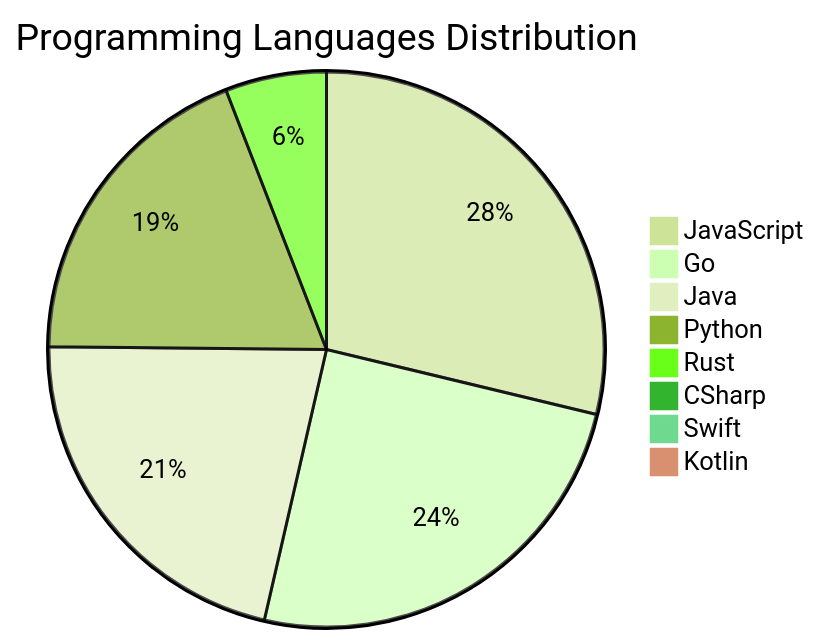
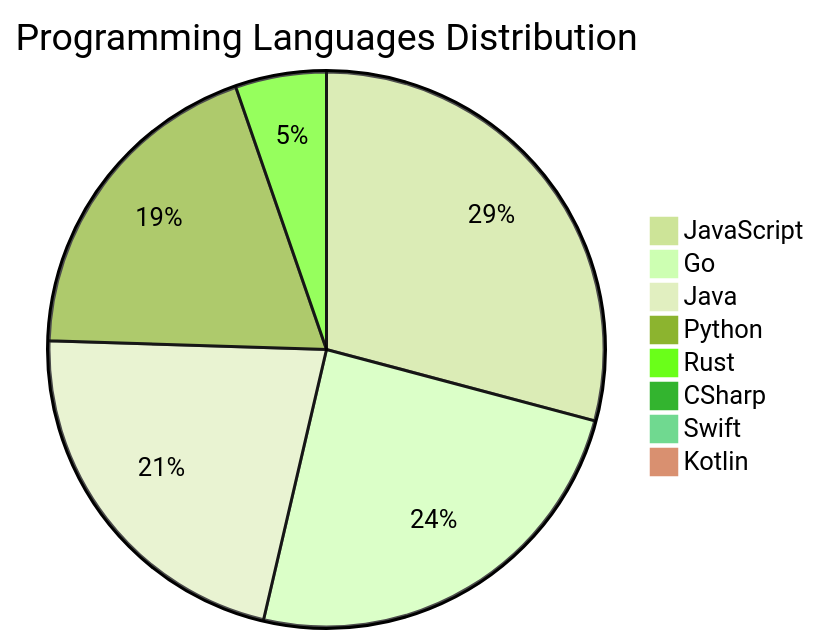
Before and after one commit to Derrick-MUGISHA/github-activity-bot: the diagram in README.md, drawn with Mermaid (forest theme). The commit also changed other lines of this file and 4 other files, not shown here.

````diff
--- a/README.md
+++ b/README.md
@@ -208,11 +208,11 @@
 ```mermaid
 pie title Programming Languages Distribution
     "JavaScript" : 44
-    "Go" : 38
+    "Go" : 37
     "Java" : 33
     "Python" : 29
-    "Rust" : 9
+    "Rust" : 8
     "CSharp" : 1
     "Swift" : 1
     "Kotlin" : 1
 ```
````
